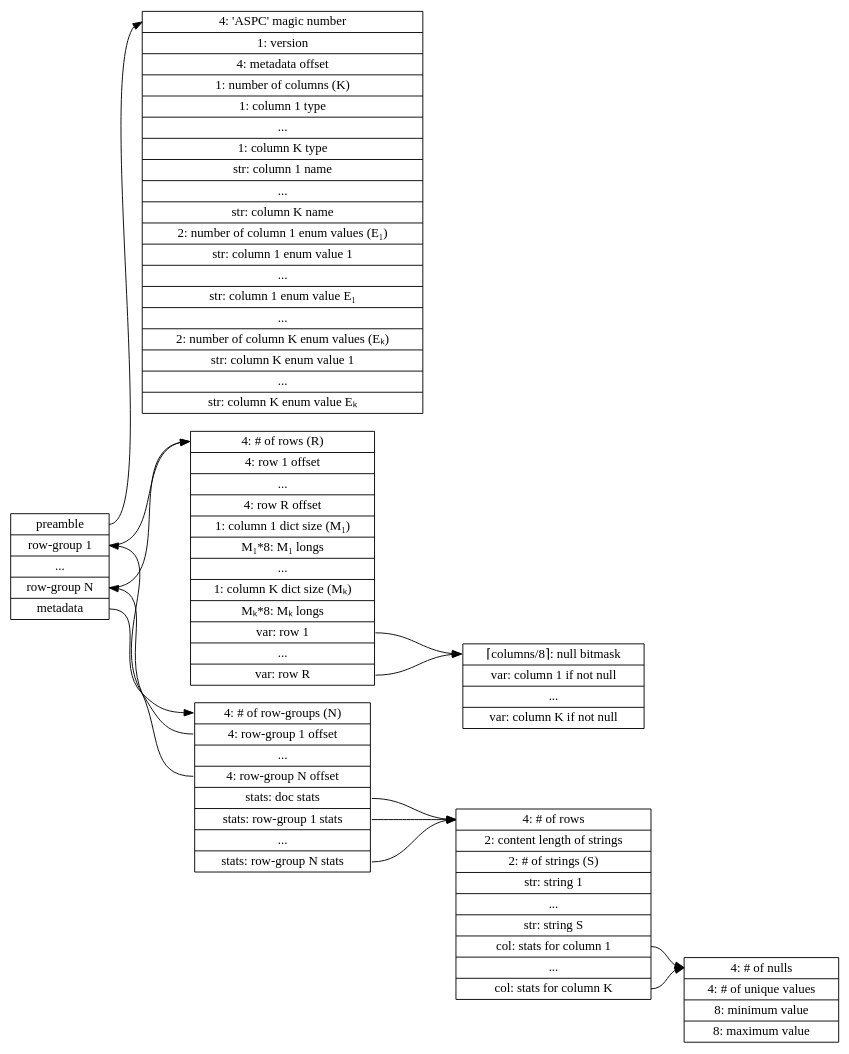
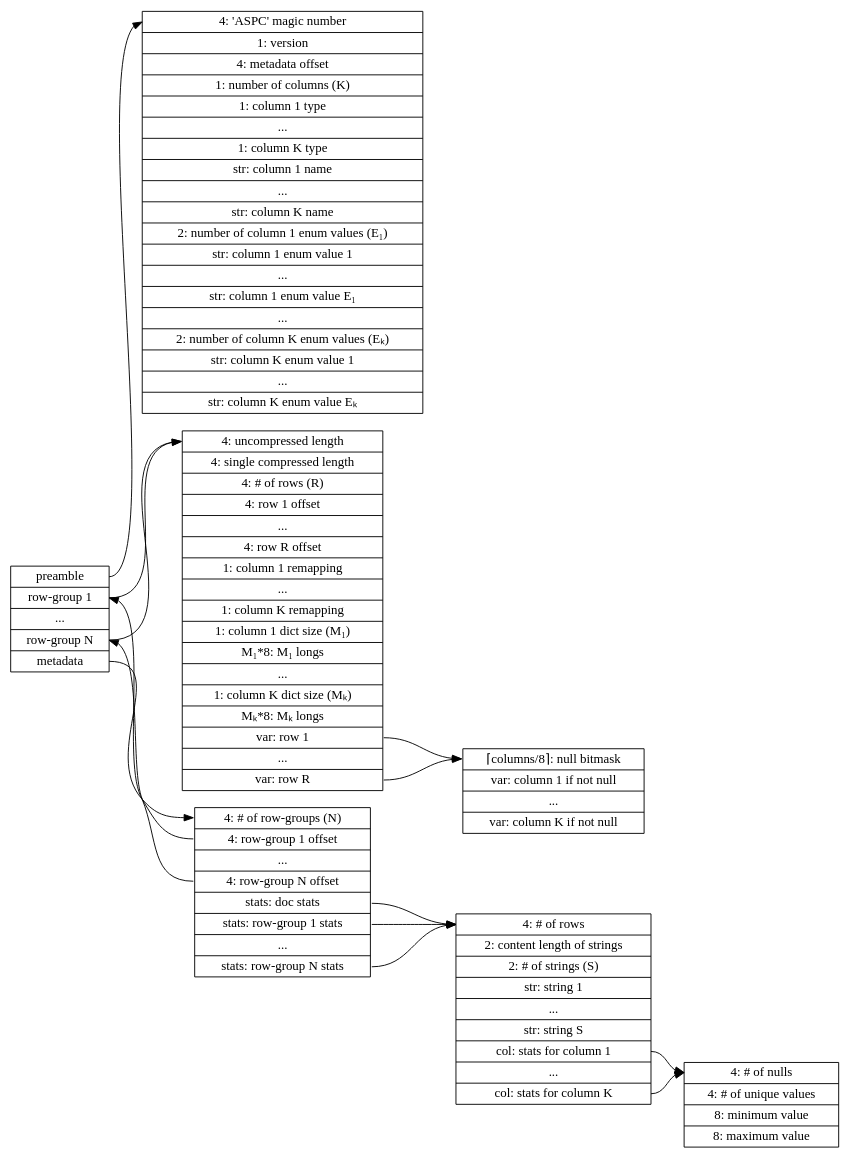
The diagram in format.dot (archer-christ/aspic), drawn with Graphviz before and after one commit. The commit also changed 9 other files, not shown here.

```diff
--- a/format.dot
+++ b/format.dot
@@ -1,89 +1,94 @@
 digraph structs {
   node [shape=record];
   rankdir=LR;
 
   aspic [ label="<preamble>preamble |
   <rowgroup1> row-group 1 |
   ... |
   <rowgroupN> row-group N |
   <metadata> metadata" ];
 
   preamble [ label="<start>4: 'ASPC' magic number |
   1: version |
   4: metadata offset |
   1: number of columns (K) |
   1: column 1 type |
   ... |
   1: column K type |
   str: column 1 name |
   ... |
   str: column K name |
   2: number of column 1 enum values (E₁) |
   str: column 1 enum value 1 |
   ... |
   str: column 1 enum value E₁ |
   ... |
   2: number of column K enum values (Eₖ) |
   str: column K enum value 1 |
   ... |
   str: column K enum value Eₖ"];
 
-  rowgroup [ label="<start>4: # of rows (R) |
+  rowgroup [ label="<start>4: uncompressed length |
+  4: single compressed length |
+  4: # of rows (R) |
   4: row 1 offset |
   ... |
   4: row R offset |
+  1: column 1 remapping |
+  ... |
+  1: column K remapping |
   1: column 1 dict size (M₁) |
   M₁*8: M₁ longs |
   ... |
   1: column K dict size (Mₖ) |
   Mₖ*8: Mₖ longs |
   <row1>var: row 1 |
   ... |
   <rowR>var: row R" ];
 
   row [ label="<start> ⌈columns/8⌉: null bitmask |
   var: column 1 if not null |
   ... |
   var: column K if not null" ];
 
   metadata [ label="<start>4: # of row-groups (N) |
   <rowgroup1>4: row-group 1 offset |
   ... |
   <rowgroupN>4: row-group N offset |
   <stats>stats: doc stats |
   <rowgroup1stats>stats: row-group 1 stats |
   ... |
   <rowgroupNstats>stats: row-group N stats" ];
 
   stats [ label="<start>4: # of rows |
   2: content length of strings |
   2: # of strings (S) |
   str: string 1 |
   ... |
   str: string S |
   <col1>col: stats for column 1 |
   ... |
   <colK>col: stats for column K" ];
 
   colstats [ label="<start>4: # of nulls |
   4: # of unique values |
   8: minimum value |
   8: maximum value"];
 
   aspic:preamble -> preamble:start;
   rowgroup:row1 -> row:start;
   rowgroup:rowR -> row:start;
   aspic:rowgroup1 -> rowgroup:start;
   aspic:rowgroupN -> rowgroup:start;
   aspic:metadata -> metadata:start;
 
   metadata:rowgroup1 -> aspic:rowgroup1;
   metadata:rowgroupN -> aspic:rowgroupN;
   metadata:stats -> stats:start;
   metadata:rowgroup1stats -> stats:start;
   metadata:rowgroupNstats -> stats:start;
 
   stats:col1 -> colstats:start;
   stats:colK -> colstats:start;
 
 }
```
